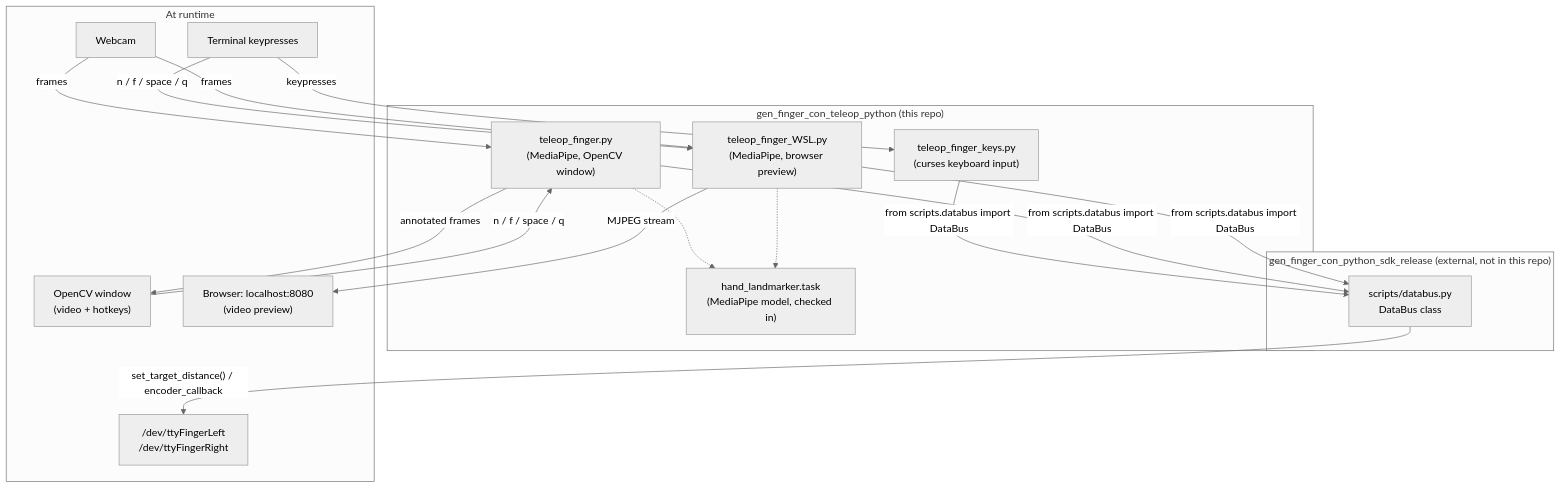
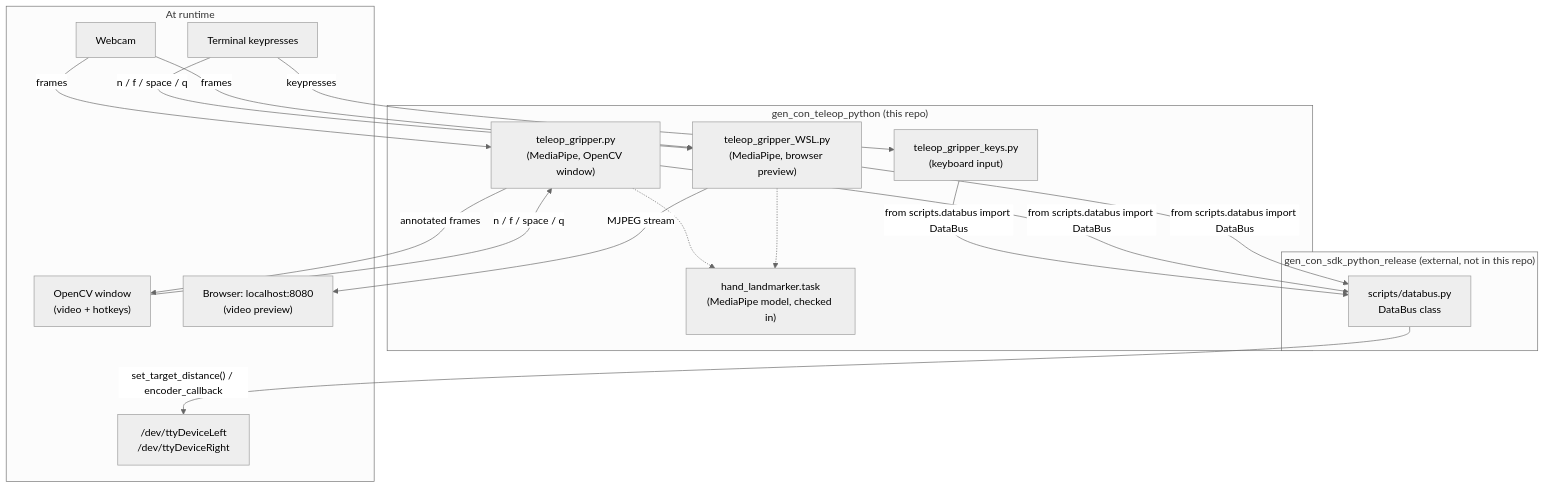
The diagram in README.md (anthonyshen-GR/gen_con_teleop_python), drawn with Mermaid (neutral theme) before and after one commit. The commit also changed other lines of this file, not shown here.

````diff
--- a/README.md
+++ b/README.md
@@ -43,36 +39,36 @@
 ```mermaid
 flowchart TD
-    subgraph SDK["gen_finger_con_python_sdk_release (external, not in this repo)"]
+    subgraph SDK["gen_con_sdk_python_release (external, not in this repo)"]
         DataBus["scripts/databus.py<br/>DataBus class"]
     end
 
-    subgraph Repo["gen_finger_con_teleop_python (this repo)"]
-        Keys["teleop_finger_keys.py<br/>(curses keyboard input)"]
-        Native["teleop_finger.py<br/>(MediaPipe, OpenCV window)"]
-        WSL["teleop_finger_WSL.py<br/>(MediaPipe, browser preview)"]
+    subgraph Repo["gen_con_teleop_python (this repo)"]
+        Keys["teleop_gripper_keys.py<br/>(keyboard input)"]
+        Native["teleop_gripper.py<br/>(MediaPipe, OpenCV window)"]
+        WSL["teleop_gripper_WSL.py<br/>(MediaPipe, browser preview)"]
         Model["hand_landmarker.task<br/>(MediaPipe model, checked in)"]
     end
 
     subgraph Runtime["At runtime"]
-        Serial["/dev/ttyFingerLeft<br/>/dev/ttyFingerRight"]
+        Serial["/dev/ttyDeviceLeft<br/>/dev/ttyDeviceRight"]
         Terminal["Terminal keypresses"]
         Window["OpenCV window<br/>(video + hotkeys)"]
         Browser["Browser: localhost:8080<br/>(video preview)"]
         Webcam["Webcam"]
     end
 
     Keys -- "from scripts.databus import DataBus" --> DataBus
     Native -- "from scripts.databus import DataBus" --> DataBus
     WSL -- "from scripts.databus import DataBus" --> DataBus
     DataBus -- "set_target_distance() / encoder_callback" --> Serial
 
     Terminal -- keypresses --> Keys
     Terminal -- "n / f / space / q" --> WSL
     Window -- "n / f / space / q" --> Native
     Webcam -- frames --> Native
     Webcam -- frames --> WSL
     Native -- annotated frames --> Window
     WSL -- MJPEG stream --> Browser
     Native -.-> Model
     WSL -.-> Model
 ```
````
